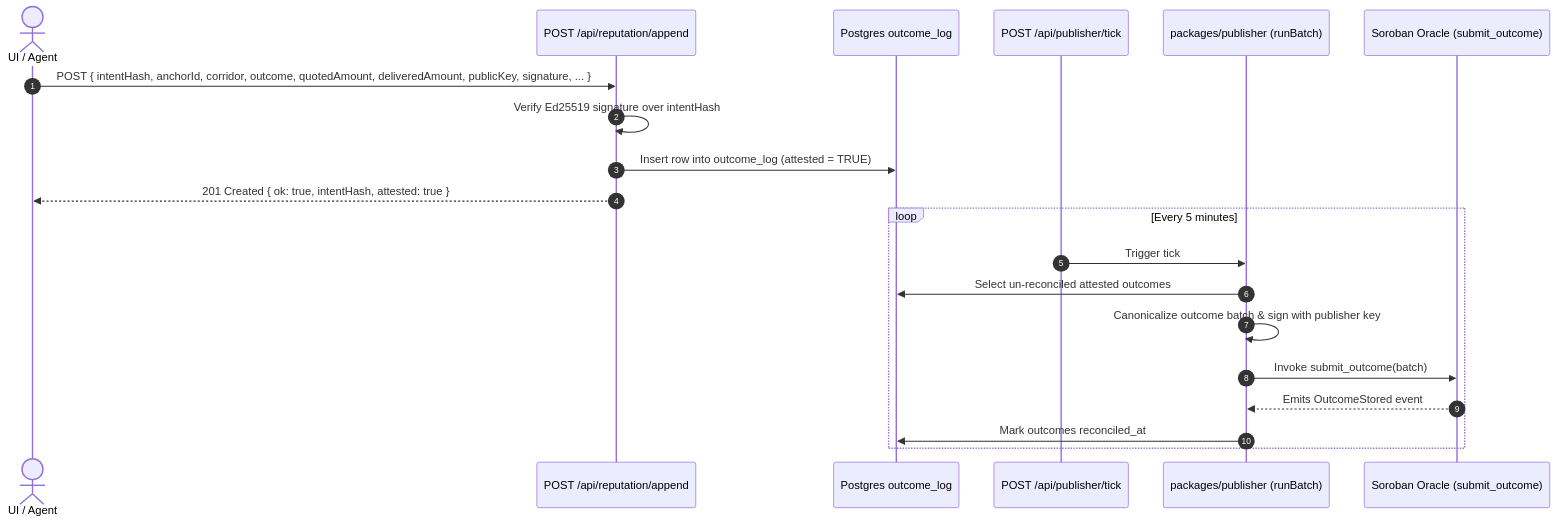
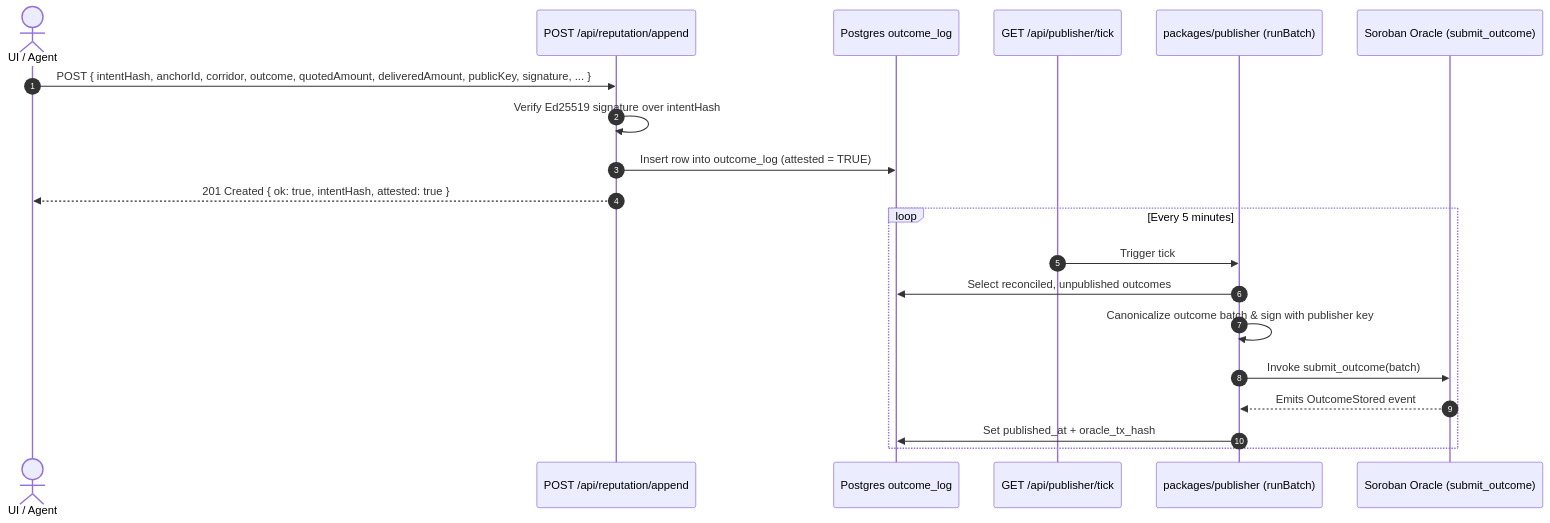
Before and after one commit to ezedike-evan/stellar-intel: the fifth of 6 diagrams in docs/ARCHITECTURE.md, drawn with Mermaid. The commit also changed other lines of this file and 1 other file, not shown here.

Commit message:
docs(ops): match publisher flow and lifecycle wording to the code
The tick route is GET. The publisher selects reconciled rows with published_at
NULL and stamps published_at and oracle_tx_hash. The lifecycle prose no longer
cites step ranges that do not match the diagram.

````diff
--- a/docs/ARCHITECTURE.md
+++ b/docs/ARCHITECTURE.md
@@ -356,24 +356,24 @@
 ```mermaid
 sequenceDiagram
   autonumber
   actor Client as UI / Agent
   participant Route as POST /api/reputation/append
   participant Store as Postgres outcome_log
-  participant Cron as POST /api/publisher/tick
+  participant Cron as GET /api/publisher/tick
   participant Pub as packages/publisher (runBatch)
   participant Oracle as Soroban Oracle (submit_outcome)
 
   Client->>Route: POST { intentHash, anchorId, corridor, outcome, quotedAmount, deliveredAmount, publicKey, signature, ... }
   Route->>Route: Verify Ed25519 signature over intentHash
   Route->>Store: Insert row into outcome_log (attested = TRUE)
   Route-->>Client: 201 Created { ok: true, intentHash, attested: true }
 
   loop Every 5 minutes
     Cron->>Pub: Trigger tick
-    Pub->>Store: Select un-reconciled attested outcomes
+    Pub->>Store: Select reconciled, unpublished outcomes
     Pub->>Pub: Canonicalize outcome batch & sign with publisher key
     Pub->>Oracle: Invoke submit_outcome(batch)
     Oracle-->>Pub: Emits OutcomeStored event
-    Pub->>Store: Mark outcomes reconciled_at
+    Pub->>Store: Set published_at + oracle_tx_hash
   end
 ```
````
